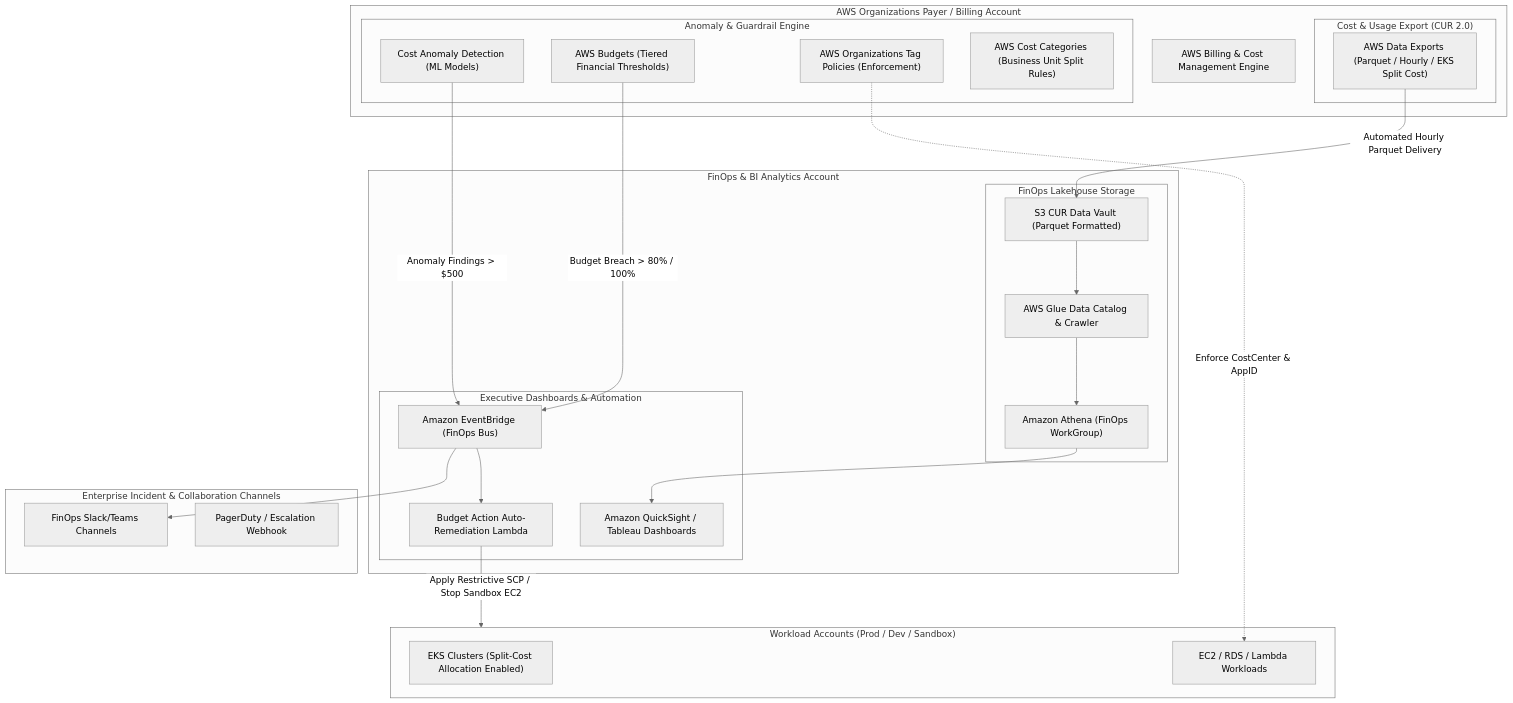
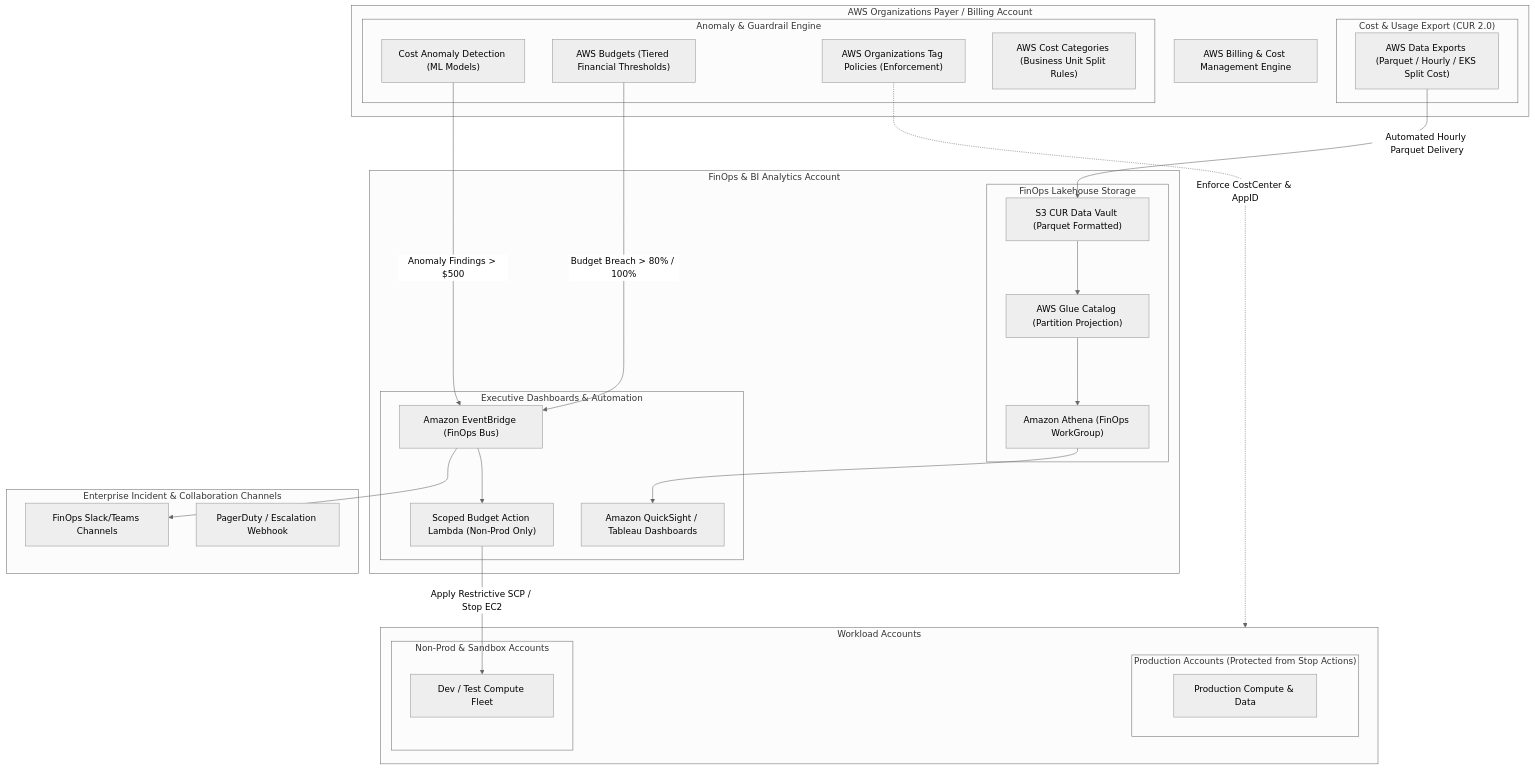
One commit to minddrop/aws-solution-map changed the diagram in docs/05-finops-cost-governance.md. Above: the diagram before and after it, drawn with Mermaid (neutral theme). The commit also changed other lines of this file and 16 other files, not shown here.

Commit message:
feat(blueprint): apply enterprise architectural modernizations across all 11 domains and contracts

````diff
--- a/docs/05-finops-cost-governance.md
+++ b/docs/05-finops-cost-governance.md
@@ -106,58 +102,62 @@
 ```mermaid
 flowchart TB
     subgraph Payer_Management_Account["AWS Organizations Payer / Billing Account"]
         AWS_Billing["AWS Billing & Cost Management Engine"]
         
         subgraph Cost_Data_Export["Cost & Usage Export (CUR 2.0)"]
             CUR_Export["AWS Data Exports (Parquet / Hourly / EKS Split Cost)"]
         end
 
         subgraph Guardrails_and_ML["Anomaly & Guardrail Engine"]
             Anomaly_Detection["Cost Anomaly Detection (ML Models)"]
             Org_Budgets["AWS Budgets (Tiered Financial Thresholds)"]
             Tag_Policies["AWS Organizations Tag Policies (Enforcement)"]
             Cost_Categories["AWS Cost Categories (Business Unit Split Rules)"]
         end
     end
 
     subgraph FinOps_Analytics_Account["FinOps & BI Analytics Account"]
         subgraph Data_Lake_FinOps["FinOps Lakehouse Storage"]
             S3_CUR_Bucket["S3 CUR Data Vault (Parquet Formatted)"]
-            Glue_Catalog["AWS Glue Data Catalog & Crawler"]
+            Glue_Projection["AWS Glue Catalog (Partition Projection)"]
             Athena_Engine["Amazon Athena (FinOps WorkGroup)"]
         end
 
         subgraph Visualization_FinOps["Executive Dashboards & Automation"]
             QuickSight_Dashboards["Amazon QuickSight / Tableau Dashboards"]
             FinOps_EventBridge["Amazon EventBridge (FinOps Bus)"]
-            Budget_Action_Lambda["Budget Action Auto-Remediation Lambda"]
+            Budget_Action_Lambda["Scoped Budget Action Lambda (Non-Prod Only)"]
         end
     end
 
     subgraph Communication_Ops["Enterprise Incident & Collaboration Channels"]
         Slack_Teams_FinOps["FinOps Slack/Teams Channels"]
         PagerDuty_SecOps["PagerDuty / Escalation Webhook"]
     end
 
-    subgraph Workload_Accounts_Org["Workload Accounts (Prod / Dev / Sandbox)"]
-        Workload_EKS["EKS Clusters (Split-Cost Allocation Enabled)"]
-        Workload_Resources["EC2 / RDS / Lambda Workloads"]
+    subgraph Workload_Accounts_Org["Workload Accounts"]
+        subgraph Non_Prod_Sandbox["Non-Prod & Sandbox Accounts"]
+            Sandbox_Resources["Dev / Test Compute Fleet"]
+        end
+        subgraph Prod_Accounts["Production Accounts (Protected from Stop Actions)"]
+            Prod_Workloads["Production Compute & Data"]
+        end
     end
 
     %% CUR Delivery Flow
     CUR_Export -->|Automated Hourly Parquet Delivery| S3_CUR_Bucket
-    S3_CUR_Bucket --> Glue_Catalog --> Athena_Engine --> QuickSight_Dashboards
+    S3_CUR_Bucket --> Glue_Projection --> Athena_Engine --> QuickSight_Dashboards
 
     %% Anomaly and Budget Flows
     Anomaly_Detection -->|Anomaly Findings > $500| FinOps_EventBridge
     Org_Budgets -->|Budget Breach > 80% / 100%| FinOps_EventBridge
     
     FinOps_EventBridge --> Slack_Teams_FinOps
     FinOps_EventBridge --> Budget_Action_Lambda
     
-    %% Budget Actions Enforcement
-    Budget_Action_Lambda -->|Apply Restrictive SCP / Stop Sandbox EC2| Workload_Accounts_Org
+    %% Budget Actions Enforcement (Scoped)
+    Budget_Action_Lambda -->|Apply Restrictive SCP / Stop EC2| Sandbox_Resources
 
     %% Tag Enforcement
-    Tag_Policies -.->|Enforce CostCenter & AppID| Workload_Resources
+    Tag_Policies -.->|Enforce CostCenter & AppID| Workload_Accounts_Org
 ```
````
